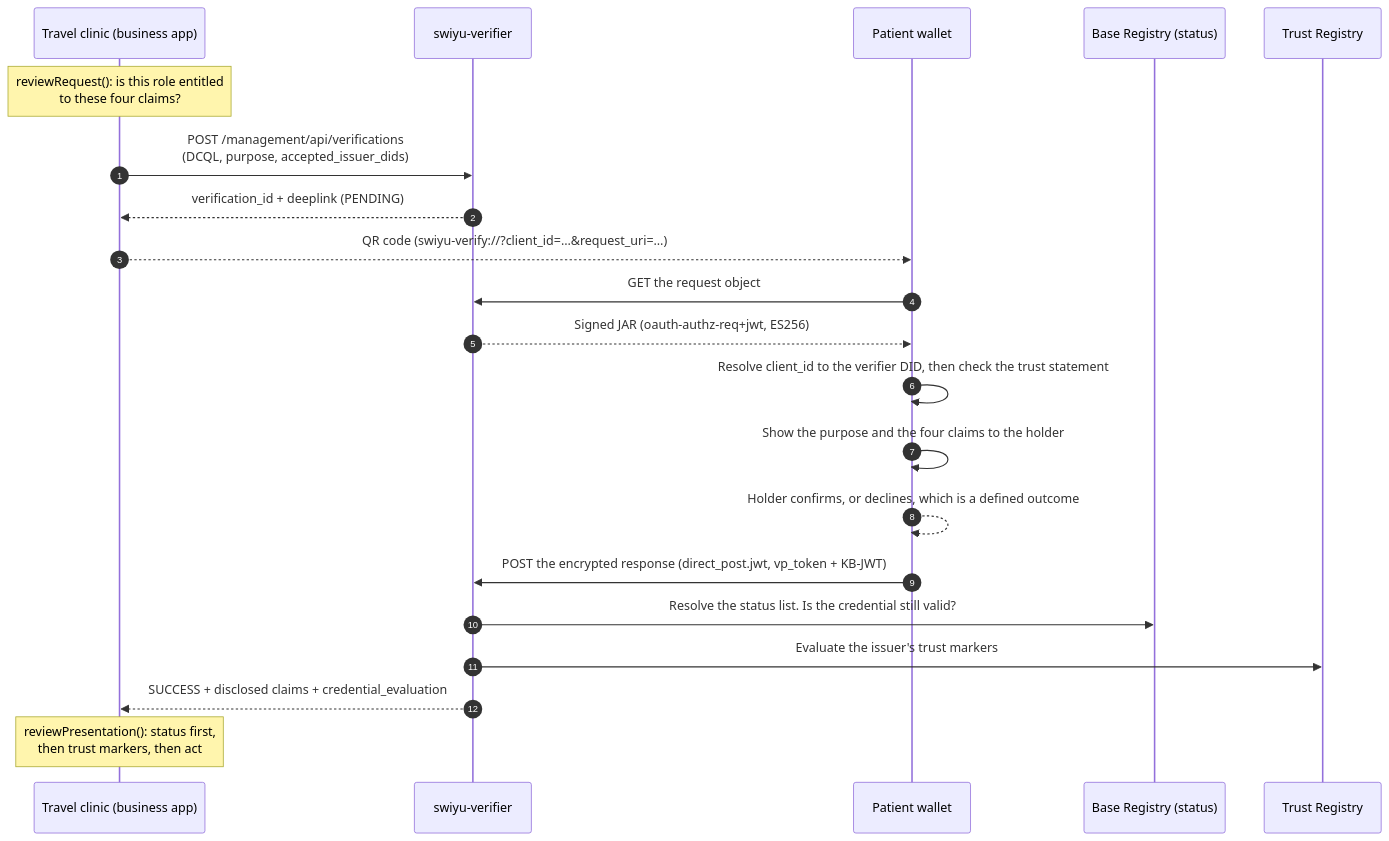
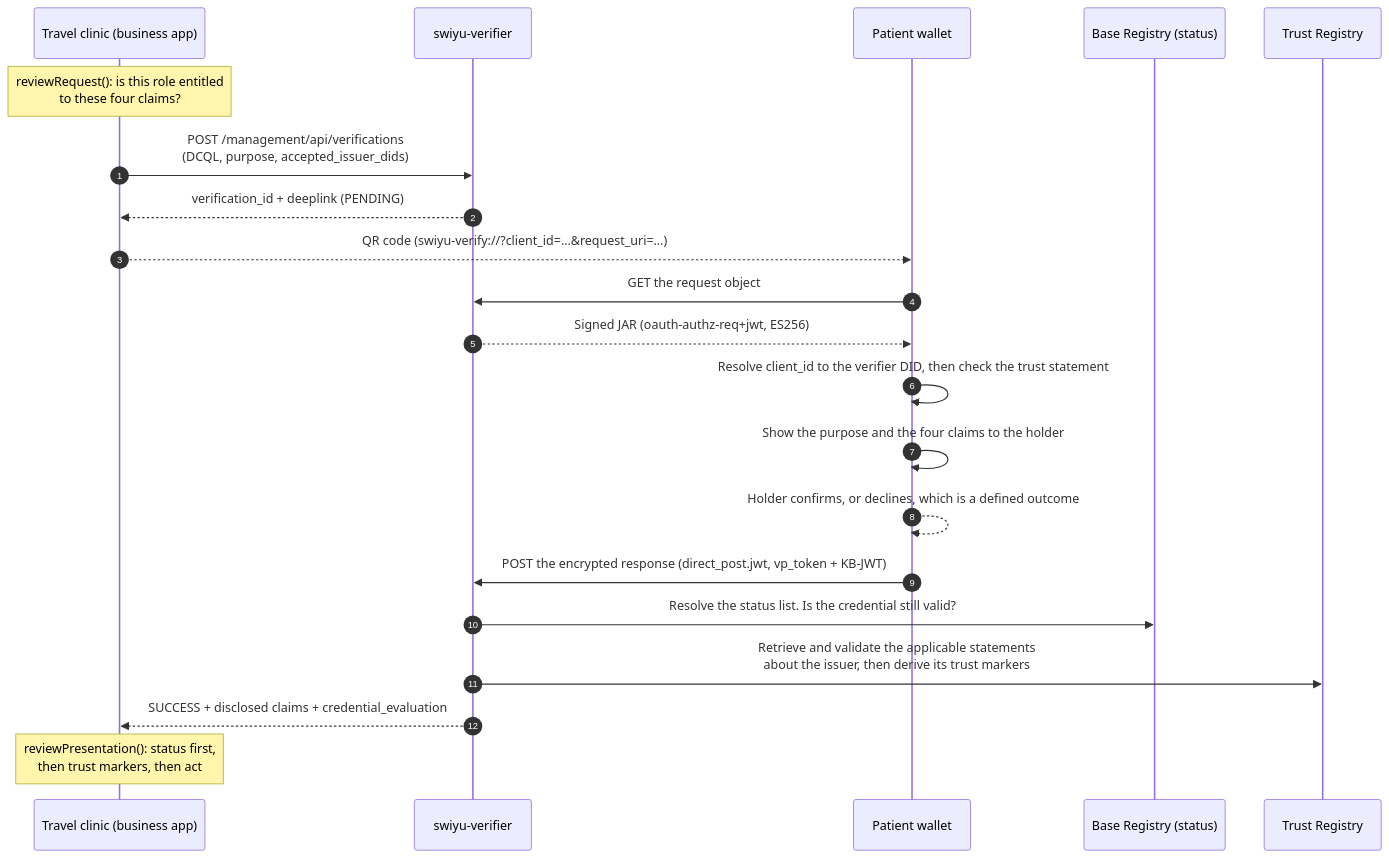
One commit to Accelerate-GmbH/digital-health-swiyu-vaccination changed the second of 2 diagrams in flows/F-03-immunization-minimal-disclosure.md. Above: the diagram before and after it, drawn with Mermaid. The commit also changed 15 other files, not shown here.

First line of the commit message:
Separate published statements from derived trust markers

````diff
--- a/flows/F-03-immunization-minimal-disclosure.md
+++ b/flows/F-03-immunization-minimal-disclosure.md
@@ -84,24 +84,24 @@
 ```mermaid
 sequenceDiagram
     autonumber
     participant T as Travel clinic (business app)
     participant GV as swiyu-verifier
     participant W as Patient wallet
     participant BR as Base Registry (status)
     participant TR as Trust Registry
 
     Note over T: reviewRequest(): is this role entitled<br/>to these four claims?
     T->>GV: POST /management/api/verifications<br/>(DCQL, purpose, accepted_issuer_dids)
     GV-->>T: verification_id + deeplink (PENDING)
     T-->>W: QR code (swiyu-verify://?client_id=…&request_uri=…)
     W->>GV: GET the request object
     GV-->>W: Signed JAR (oauth-authz-req+jwt, ES256)
     W->>W: Resolve client_id to the verifier DID, then check the trust statement
     W->>W: Show the purpose and the four claims to the holder
     W-->>W: Holder confirms, or declines, which is a defined outcome
     W->>GV: POST the encrypted response (direct_post.jwt, vp_token + KB-JWT)
     GV->>BR: Resolve the status list. Is the credential still valid?
-    GV->>TR: Evaluate the issuer's trust markers
+    GV->>TR: Retrieve and validate the applicable statements<br/>about the issuer, then derive its trust markers
     GV-->>T: SUCCESS + disclosed claims + credential_evaluation
     Note over T: reviewPresentation(): status first,<br/>then trust markers, then act
 ```
````
